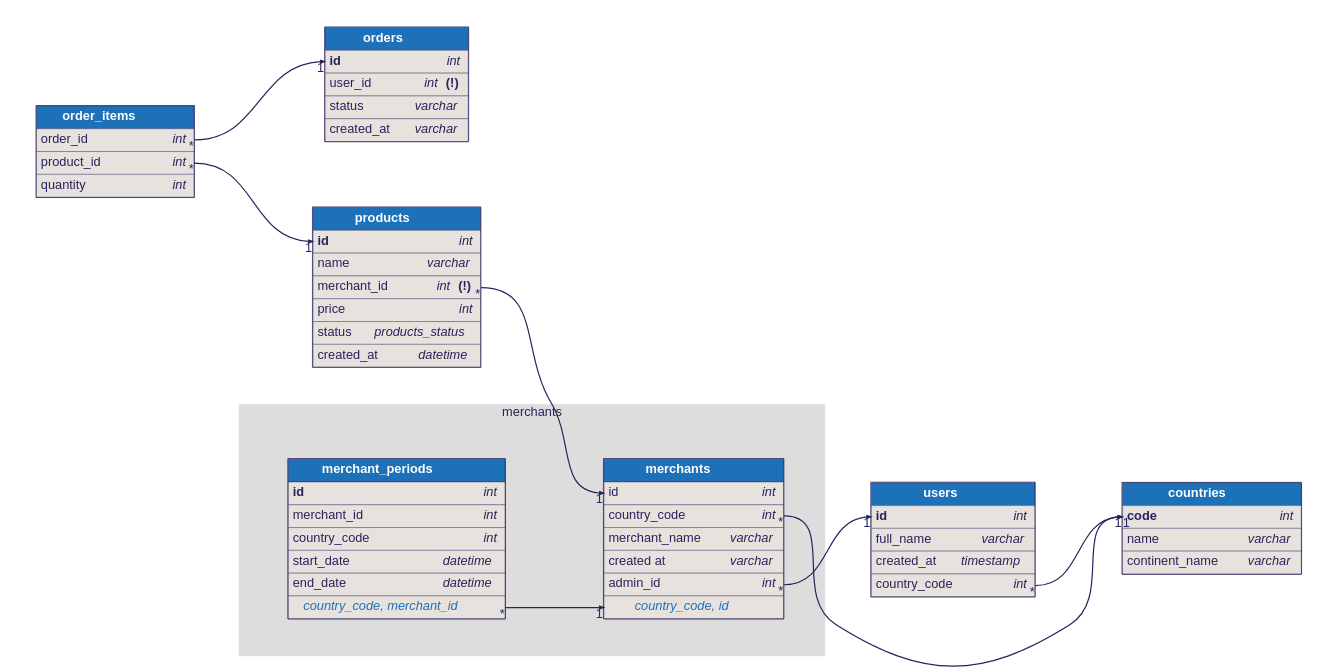
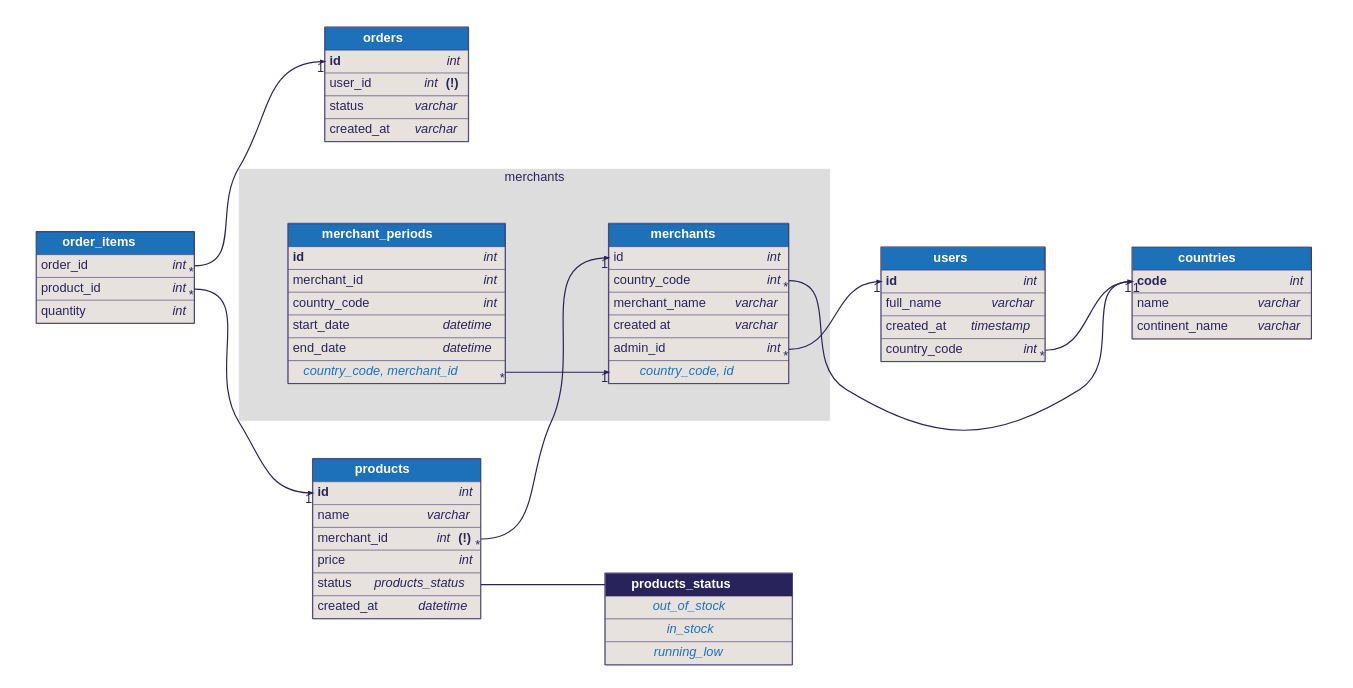
The diagram in examples/merchants.dbml.dot (softwaretechnik-berlin/dbml-renderer), drawn with Graphviz before and after one commit. The commit also changed 10 other files, not shown here.

```diff
--- a/examples/merchants.dbml.dot
+++ b/examples/merchants.dbml.dot
@@ -4,6 +4,12 @@
       node [penwidth=0, margin=0, fontname="helvetica", fontsize=32, fontcolor="#29235c"];
       edge [fontname="helvetica", fontsize=32, fontcolor="#29235c", color="#29235c"];
 
+      "products_status" [id=products_status;label=<<TABLE BORDER="2" COLOR="#29235c" CELLBORDER="1" CELLSPACING="0" CELLPADDING="10">
+    <TR><TD PORT="f0" WIDTH="150" BGCOLOR="#29235c"><font color="#ffffff"><B>       products_status       </B></font></TD></TR>
+    <TR><TD PORT="f0" BGCOLOR="#e7e2dd"><font color="#1d71b8"><i>    out_of_stock    </i></font></TD></TR>
+<TR><TD PORT="f1" BGCOLOR="#e7e2dd"><font color="#1d71b8"><i>    in_stock    </i></font></TD></TR>
+<TR><TD PORT="f2" BGCOLOR="#e7e2dd"><font color="#1d71b8"><i>    running_low    </i></font></TD></TR>
+    </TABLE>>];
       
       subgraph cluster_merchants {
       label = "merchants"
@@ -324,4 +330,5 @@
     order_items:f1:e -> orders:f1:w [penwidth=3, color="#29235c", headlabel="1", taillabel="*", arrowhead="normal", arrowtail="none"]
 merchants:f0 -> users:f0 [style=invis, weight=100, color=red]
     merchants:f5:e -> users:f1:w [penwidth=3, color="#29235c", headlabel="1", taillabel="*", arrowhead="normal", arrowtail="none"]
+      products:f5:e -> products_status:f0:w [penwidth=3, color="#29235c", arrowhead="none", arrowtail="none"]
     }
```
